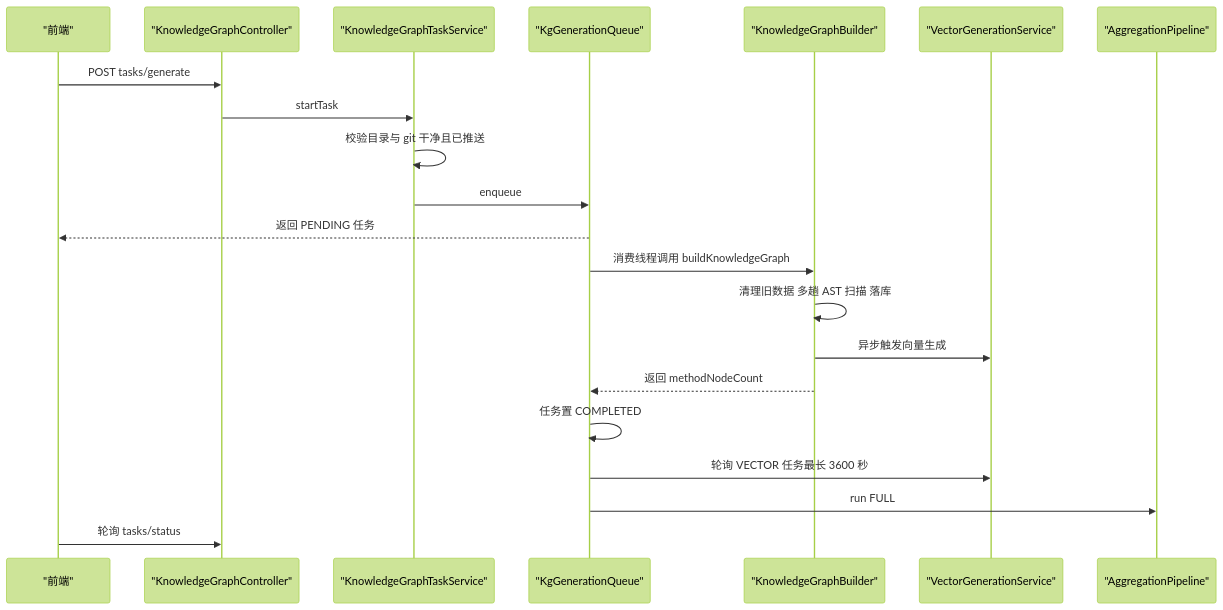
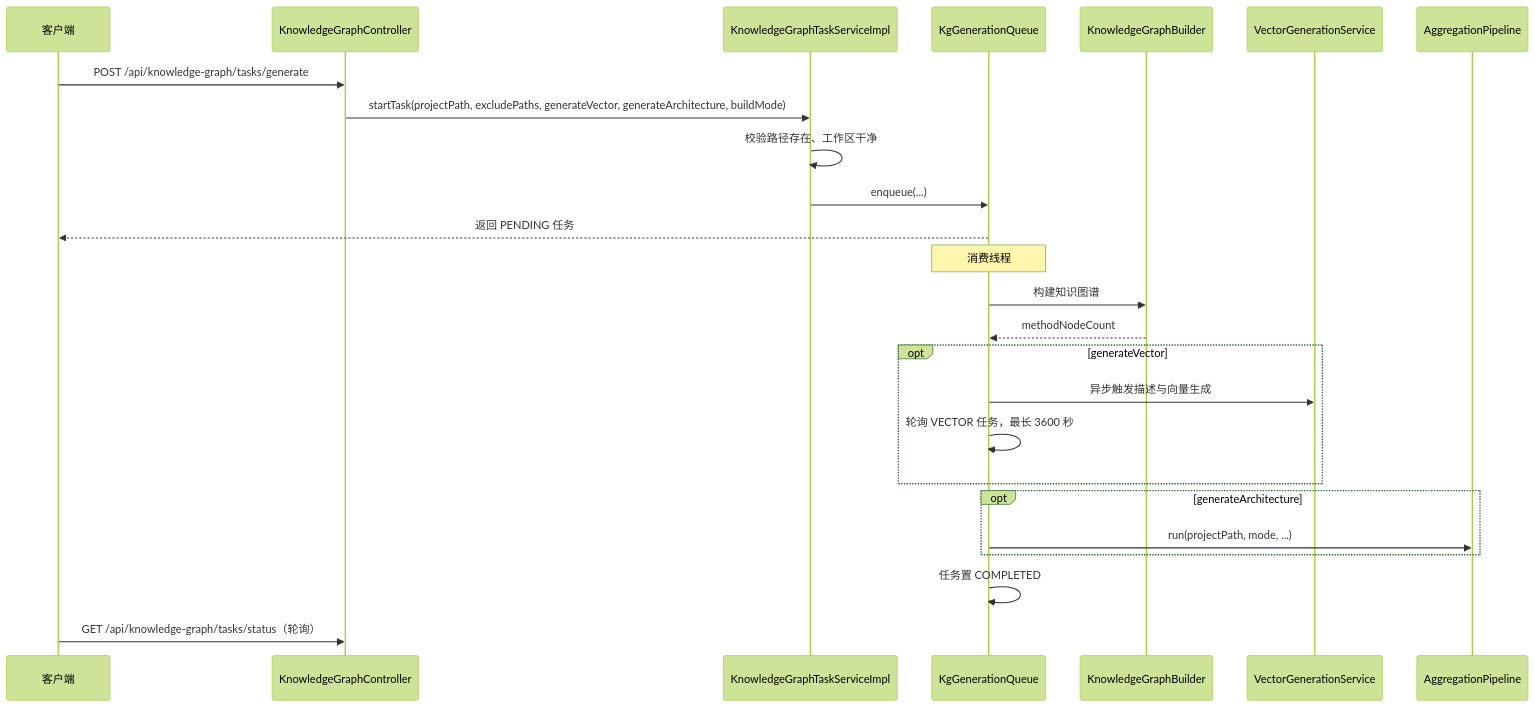
One commit to shenjiangchun/codeKnowledge changed the second of 2 diagrams in hisi-dev-tool/docs/codewiki/03-模块说明/知识图谱构建.md. Above: the diagram before and after it, drawn with Mermaid (forest theme). The commit also changed other lines of this file and 82 other files, not shown here.

````diff
--- a/hisi-dev-tool/docs/codewiki/03-模块说明/知识图谱构建.md
+++ b/hisi-dev-tool/docs/codewiki/03-模块说明/知识图谱构建.md
@@ -103,23 +136,28 @@
 ```mermaid
 sequenceDiagram
-    participant FE as "前端"
-    participant CT as "KnowledgeGraphController"
-    participant TS as "KnowledgeGraphTaskService"
-    participant QU as "KgGenerationQueue"
-    participant BD as "KnowledgeGraphBuilder"
-    participant VS as "VectorGenerationService"
-    participant AG as "AggregationPipeline"
-    FE->>CT: POST tasks/generate
-    CT->>TS: startTask
-    TS->>TS: 校验目录与 git 干净且已推送
-    TS->>QU: enqueue
-    QU-->>FE: 返回 PENDING 任务
-    QU->>BD: 消费线程调用 buildKnowledgeGraph
-    BD->>BD: 清理旧数据 多趟 AST 扫描 落库
-    BD->>VS: 异步触发向量生成
-    BD-->>QU: 返回 methodNodeCount
-    QU->>QU: 任务置 COMPLETED
-    QU->>VS: 轮询 VECTOR 任务最长 3600 秒
-    QU->>AG: run FULL
-    FE->>CT: 轮询 tasks/status
+    participant C as 客户端
+    participant CT as KnowledgeGraphController
+    participant TS as KnowledgeGraphTaskServiceImpl
+    participant Q as KgGenerationQueue
+    participant B as KnowledgeGraphBuilder
+    participant V as VectorGenerationService
+    participant A as AggregationPipeline
+
+    C->>CT: POST /api/knowledge-graph/tasks/generate
+    CT->>TS: startTask(projectPath, excludePaths, generateVector, generateArchitecture, buildMode)
+    TS->>TS: 校验路径存在、工作区干净
+    TS->>Q: enqueue(...)
+    Q-->>C: 返回 PENDING 任务
+    Note over Q: 消费线程
+    Q->>B: 构建知识图谱
+    B-->>Q: methodNodeCount
+    opt generateVector
+        Q->>V: 异步触发描述与向量生成
+        Q->>Q: 轮询 VECTOR 任务，最长 3600 秒
+    end
+    opt generateArchitecture
+        Q->>A: run(projectPath, mode, ...)
+    end
+    Q->>Q: 任务置 COMPLETED
+    C->>CT: GET /api/knowledge-graph/tasks/status（轮询）
 ```
````
